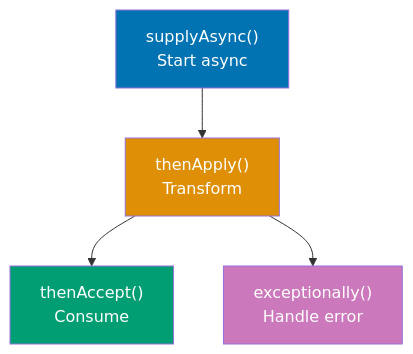
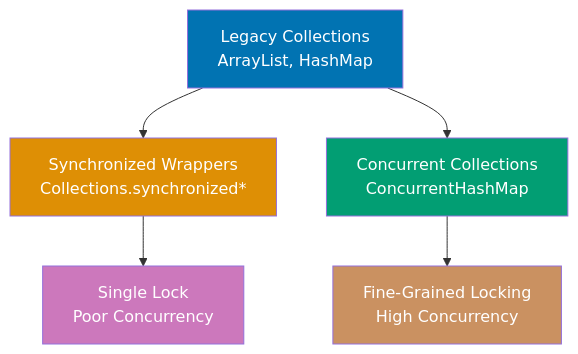
The fifth of 8 diagrams in apps/ayokoding-web/content/en/learn/software-engineering/programming-languages/java/tutorials/by-example/intermediate.md (wahidyankf/open-sharia-enterprise), drawn with Mermaid before and after one commit. The commit also changed other lines of this file and 14 other files, not shown here.

````diff
--- a/apps/ayokoding-web/content/en/learn/software-engineering/programming-languages/java/tutorials/by-example/intermediate.md
+++ b/apps/ayokoding-web/content/en/learn/software-engineering/programming-languages/java/tutorials/by-example/intermediate.md
@@ -3248,12 +754,14 @@
 ```mermaid
 %% Color Palette: Blue #0173B2, Orange #DE8F05, Teal #029E73, Purple #CC78BC, Brown #CA9161
 graph TD
-    Supply["supplyAsync()<br/>Start async"] --> Then["thenApply()<br/>Transform"]
-    Then --> Accept["thenAccept()<br/>Consume"]
-    Then --> Error["exceptionally()<br/>Handle error"]
+    Legacy["Legacy Collections<br/>ArrayList, HashMap"] --> Sync["Synchronized Wrappers<br/>Collections.synchronized*"]
+    Legacy --> Concurrent["Concurrent Collections<br/>ConcurrentHashMap"]
+    Sync --> Problem["Single Lock<br/>Poor Concurrency"]
+    Concurrent --> Solution["Fine-Grained Locking<br/>High Concurrency"]
 
-    style Supply fill:#0173B2,color:#fff
-    style Then fill:#DE8F05,color:#fff
-    style Accept fill:#029E73,color:#fff
-    style Error fill:#CC78BC,color:#fff
+    style Legacy fill:#0173B2,color:#fff
+    style Sync fill:#DE8F05,color:#fff
+    style Concurrent fill:#029E73,color:#fff
+    style Problem fill:#CC78BC,color:#fff
+    style Solution fill:#CA9161,color:#fff
 ```
````
